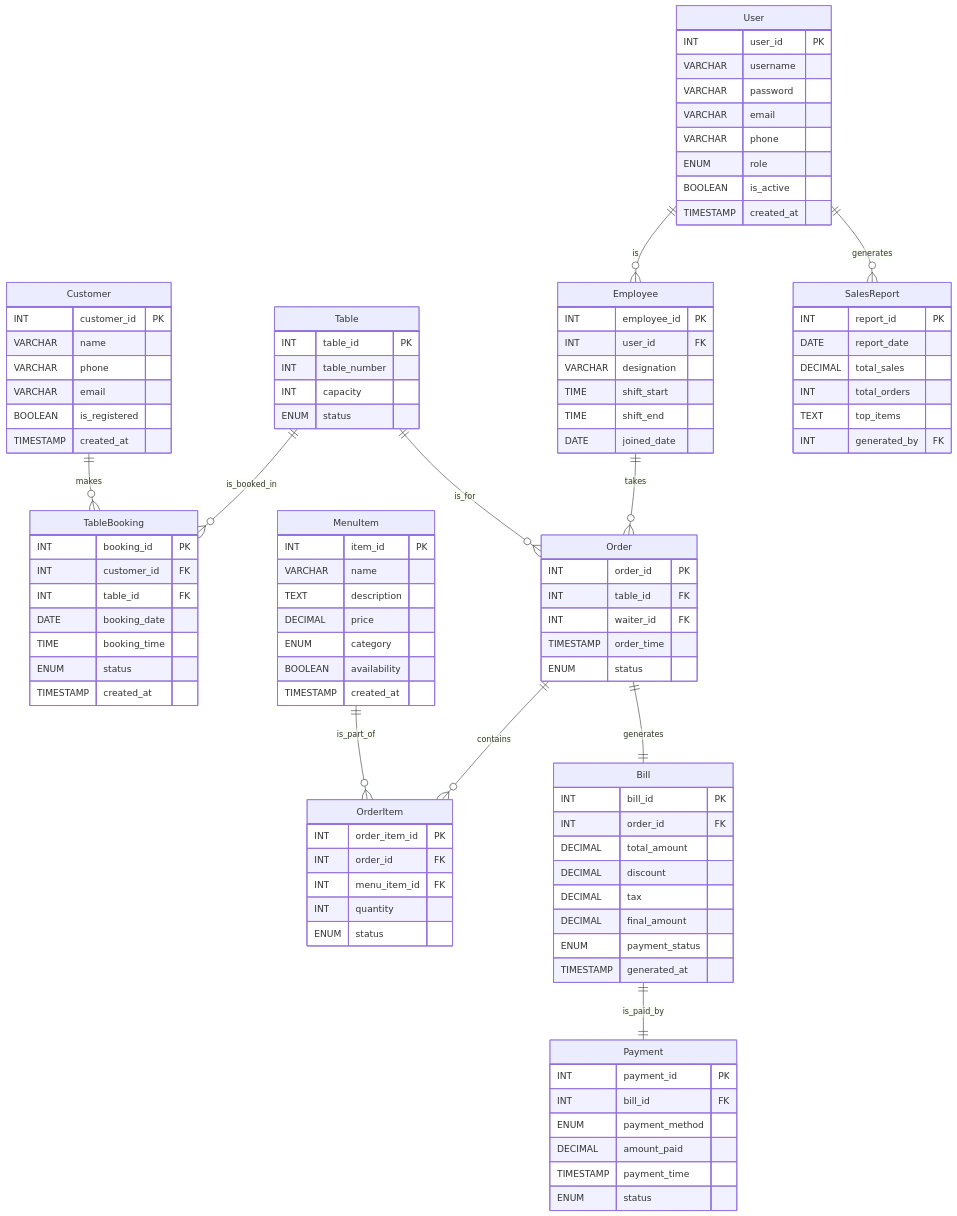
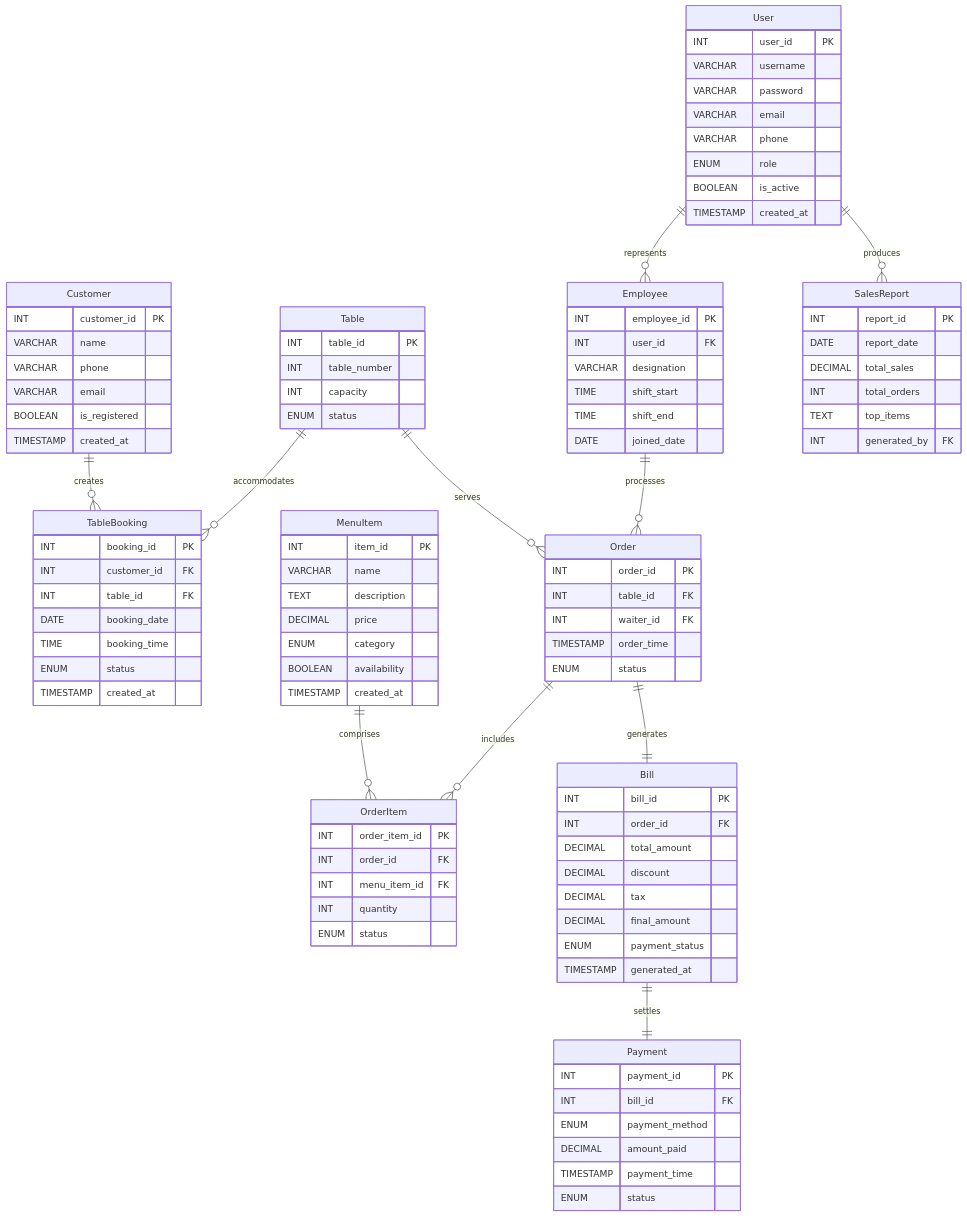
Before and after one commit to Sherlocked14/Restaurant-Management-System_Zeta: the first of 9 diagrams in README.md, drawn with Mermaid. The commit also changed other lines of this file, not shown here.

````diff
--- a/README.md
+++ b/README.md
@@ -343,16 +343,16 @@
         INT generated_by FK
     }
 
-    %% Relationships
-    Customer ||--o{ TableBooking : makes
-    Table ||--o{ TableBooking : is_booked_in
-    User ||--o{ Employee : is
-    Employee ||--o{ Order : takes
-    Table ||--o{ Order : is_for
-    Order ||--o{ OrderItem : contains
-    MenuItem ||--o{ OrderItem : is_part_of
+    %% Entity Relationships
+    Customer ||--o{ TableBooking : creates
+    Table ||--o{ TableBooking : accommodates
+    User ||--o{ Employee : represents
+    Employee ||--o{ Order : processes
+    Table ||--o{ Order : serves
+    Order ||--o{ OrderItem : includes
+    MenuItem ||--o{ OrderItem : comprises
     Order ||--|| Bill : generates
-    Bill ||--|| Payment : is_paid_by
-    User ||--o{ SalesReport : generates
+    Bill ||--|| Payment : settles
+    User ||--o{ SalesReport : produces
 
 ```
````
